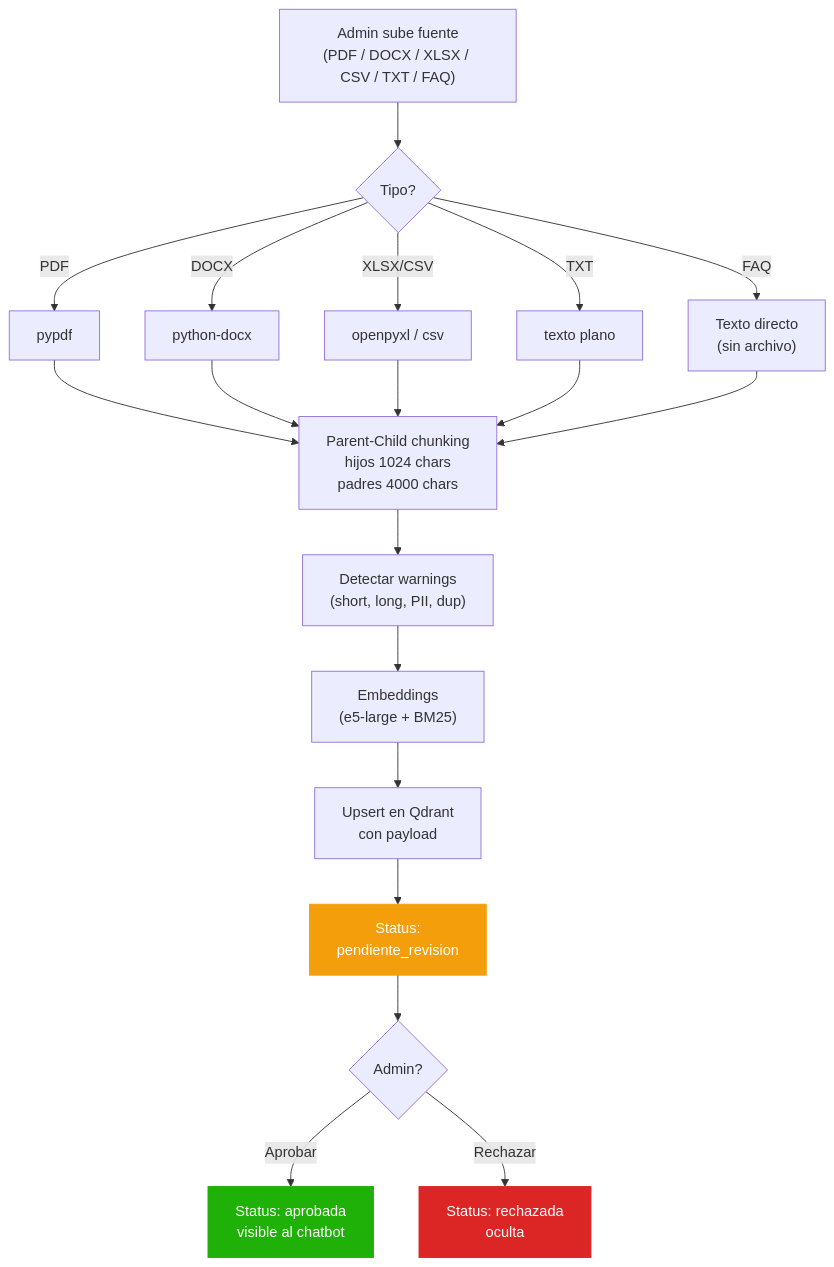
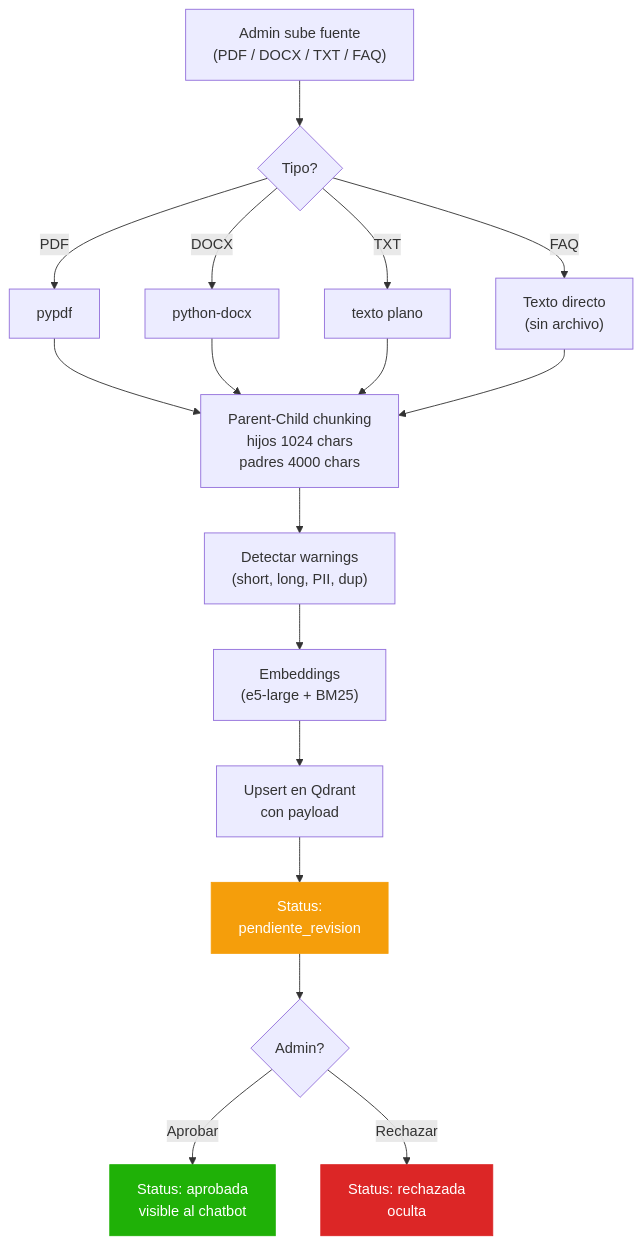
The fourth of 6 diagrams in docs/ARCHITECTURE.md (AdoDeveloper/chatbot-uso), drawn with Mermaid before and after one commit. The commit also changed other lines of this file and 10 other files, not shown here.

````diff
--- a/docs/ARCHITECTURE.md
+++ b/docs/ARCHITECTURE.md
@@ -180,36 +178,34 @@
 ```mermaid
 flowchart TB
-    upload["Admin sube fuente<br/>(PDF / DOCX / XLSX / CSV / TXT / FAQ)"]
+    upload["Admin sube fuente<br/>(PDF / DOCX / TXT / FAQ)"]
     detect{"Tipo?"}
 
     upload --> detect
     detect -->|PDF| ext_pdf["pypdf"]
     detect -->|DOCX| ext_docx["python-docx"]
-    detect -->|XLSX/CSV| ext_sheet["openpyxl / csv"]
     detect -->|TXT| ext_txt["texto plano"]
     detect -->|FAQ| faq["Texto directo<br/>(sin archivo)"]
 
     ext_pdf --> chunk
     ext_docx --> chunk
-    ext_sheet --> chunk
     ext_txt --> chunk
     faq --> chunk
 
     chunk["Parent-Child chunking<br/>hijos 1024 chars<br/>padres 4000 chars"]
 
     chunk --> warn["Detectar warnings<br/>(short, long, PII, dup)"]
     warn --> embed["Embeddings<br/>(e5-large + BM25)"]
     embed --> upsert["Upsert en Qdrant<br/>con payload"]
     upsert --> review["Status:<br/>pendiente_revision"]
     review --> admin{"Admin?"}
     admin -->|Aprobar| ready["Status: aprobada<br/>visible al chatbot"]
     admin -->|Rechazar| rejected["Status: rechazada<br/>oculta"]
 
     classDef approved fill:#1FB107,stroke:#1FB107,color:#fff
     classDef rejected fill:#dc2626,stroke:#dc2626,color:#fff
     classDef pending fill:#f59e0b,stroke:#f59e0b,color:#fff
 
     class ready approved
     class rejected rejected
     class review pending
 ```
````
